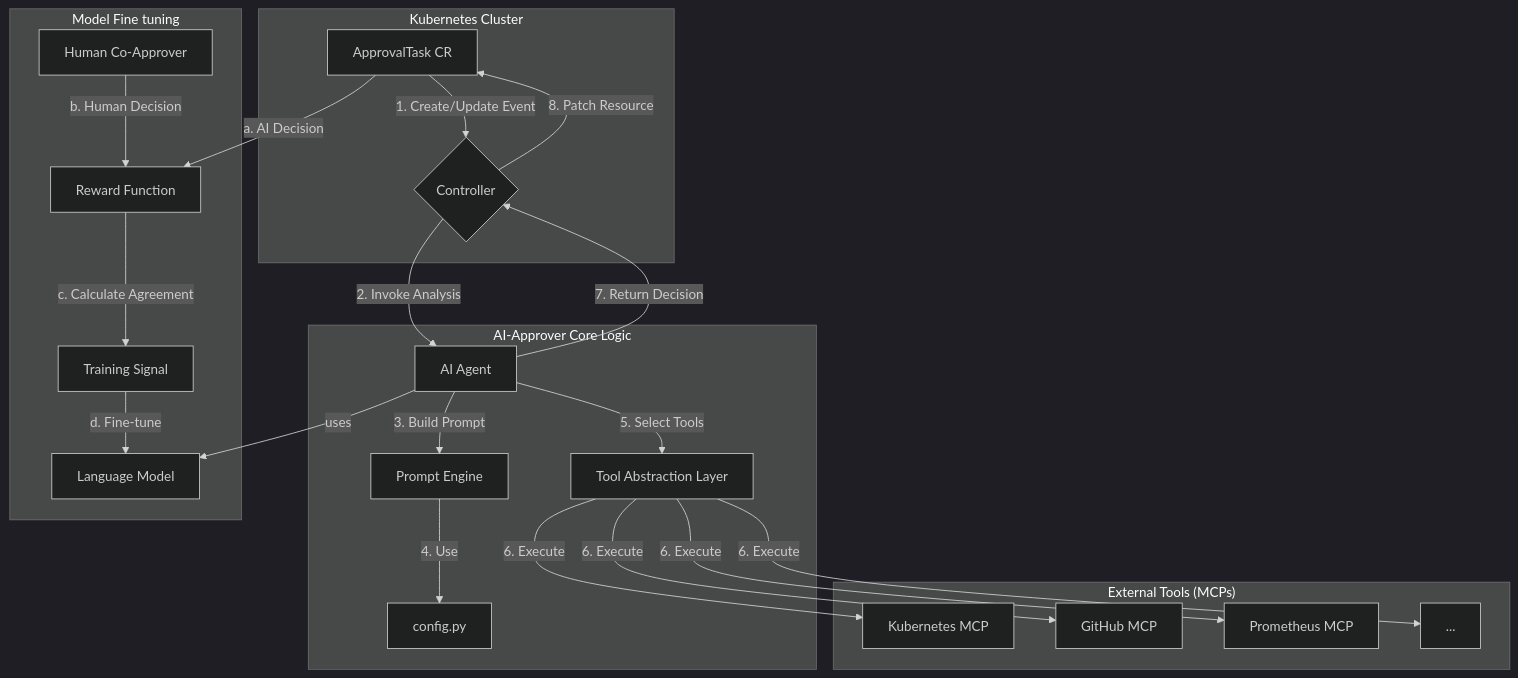
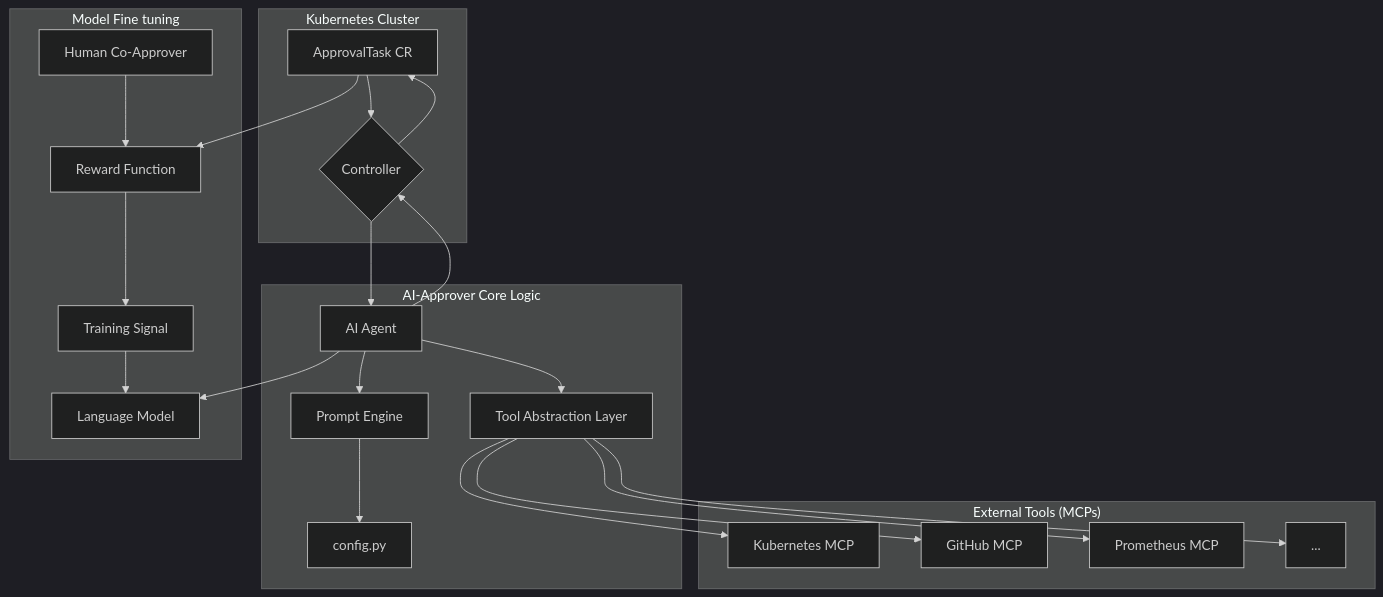
Before and after one commit to redhat-community-ai-tools/ai-approver: the diagram in README.md, drawn with Mermaid (dark theme).

Commit message:
Update arch diagram

````diff
--- a/README.md
+++ b/README.md
@@ -18,30 +18,30 @@
 ```mermaid
 graph TD
     subgraph "Kubernetes Cluster"
-        A[ApprovalTask CR] --1. Create/Update Event--> C{Controller};
-        C --8. Patch Resource--> A;
+        A[ApprovalTask CR] --> C{Controller};
+        C --> A;
     end
 
     subgraph "AI-Approver Core Logic"
-        C --2. Invoke Analysis--> D[AI Agent];
-        D --3. Build Prompt--> P[Prompt Engine];
-        P --4. Use--> CFG[config.py];
-        D --5. Select Tools--> T[Tool Abstraction Layer];
-        D --7. Return Decision--> C;
+        C --> D[AI Agent];
+        D --> P[Prompt Engine];
+        P --> CFG[config.py];
+        D --> T[Tool Abstraction Layer];
+        D --> C;
     end
 
     subgraph "External Tools (MCPs)"
-        T --6. Execute--> K8S[Kubernetes MCP];
-        T --6. Execute--> GITHUB[GitHub MCP];
-        T --6. Execute--> PROM[Prometheus MCP];
-        T --6. Execute--> OTHERS[...]
+        T --> K8S[Kubernetes MCP];
+        T --> GITHUB[GitHub MCP];
+        T --> PROM[Prometheus MCP];
+        T --> OTHERS[...];
     end
 
     subgraph "Model Fine tuning"
-        A --a. AI Decision--> RF[Reward Function];
-        H[Human Co-Approver] --b. Human Decision--> RF;
-        RF --c. Calculate Agreement--> SIG[Training Signal];
-        SIG --d. Fine-tune--> LLM[Language Model];
-        D --uses--> LLM;
+        A --> RF[Reward Function];
+        H[Human Co-Approver] --> RF;
+        RF --> SIG[Training Signal];
+        SIG --> LLM[Language Model];
+        D --> LLM;
     end
 ```
````
